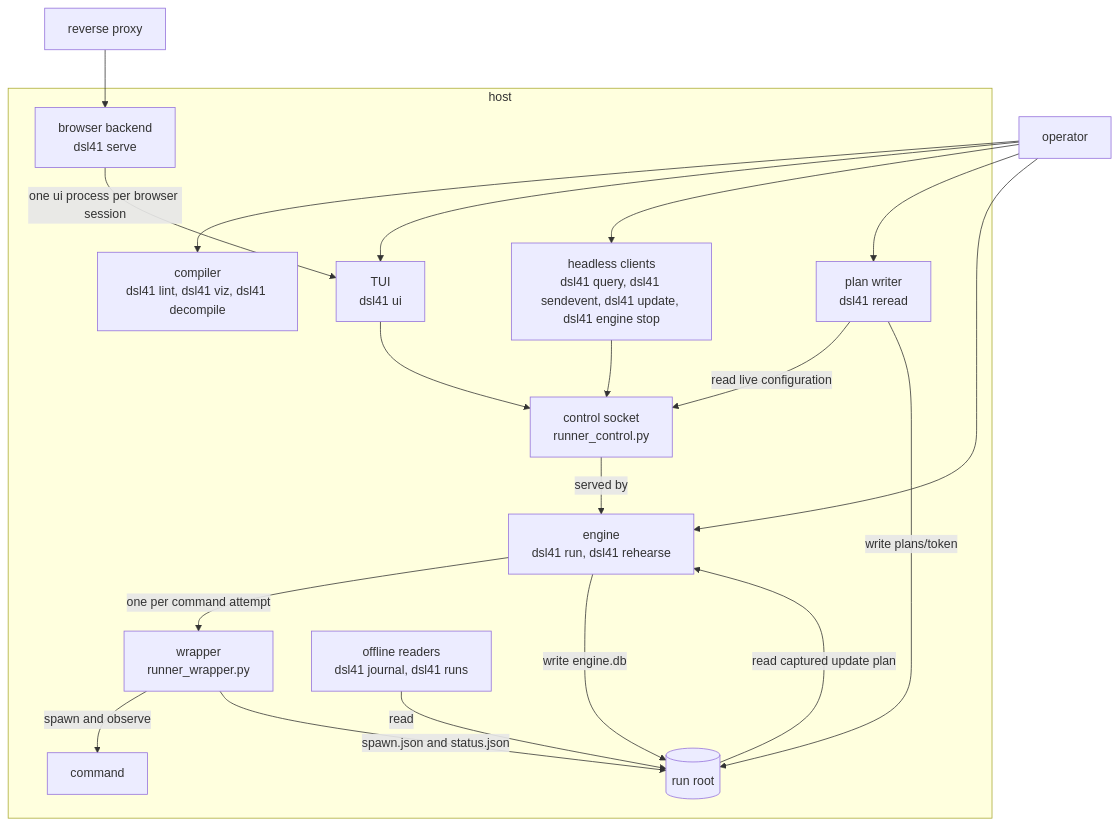
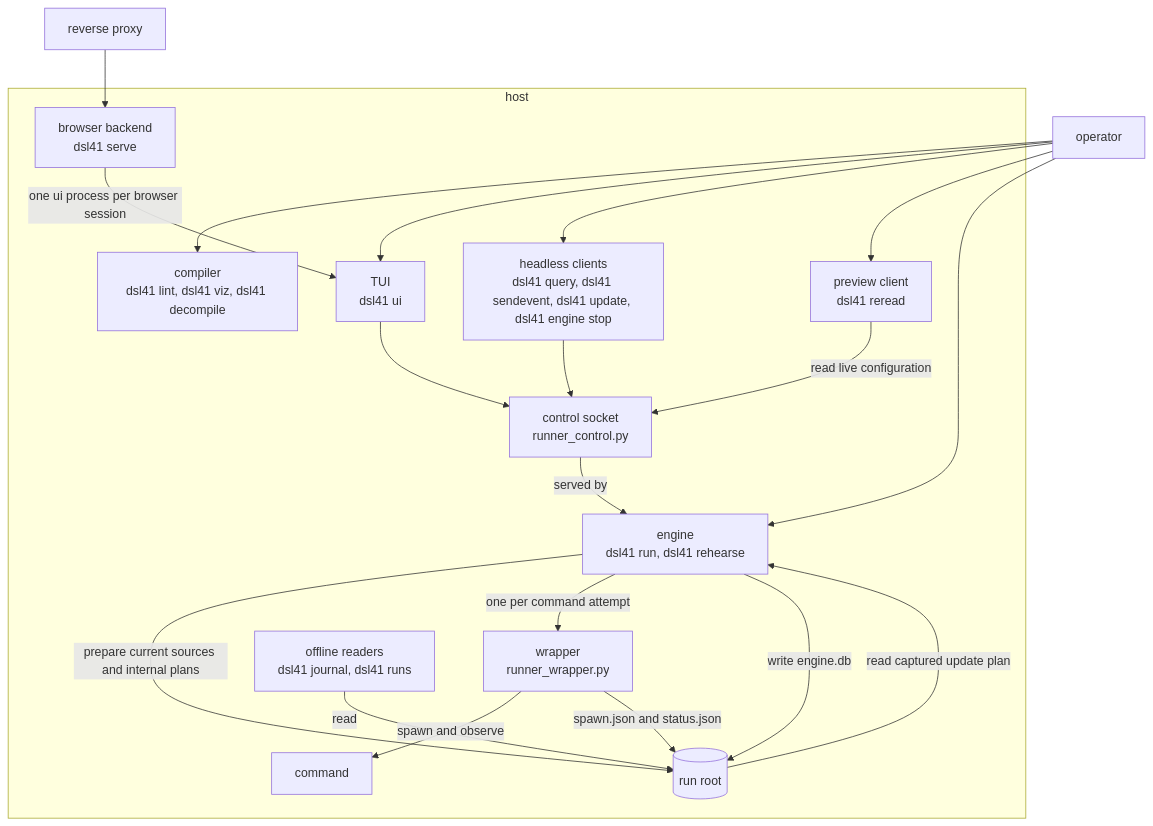
Before and after one commit to mrbald/dsl41: the second of 4 diagrams in docs/architecture.md, drawn with Mermaid. The commit also changed other lines of this file and 45 other files, not shown here.

````diff
--- a/docs/architecture.md
+++ b/docs/architecture.md
@@ -72,36 +76,36 @@
 ```mermaid
 flowchart TB
   op["operator"]
   px["reverse proxy"]
   subgraph box["host"]
     comp["compiler<br/>dsl41 lint, dsl41 viz, dsl41 decompile"]
     eng["engine<br/>dsl41 run, dsl41 rehearse"]
     sock["control socket<br/>runner_control.py"]
     wr["wrapper<br/>runner_wrapper.py"]
     cmd["command"]
     tui["TUI<br/>dsl41 ui"]
     web["browser backend<br/>dsl41 serve"]
     cli["headless clients<br/>dsl41 query, dsl41 sendevent, dsl41 update, dsl41 engine stop"]
-    read["plan writer<br/>dsl41 reread"]
+    read["preview client<br/>dsl41 reread"]
     off["offline readers<br/>dsl41 journal, dsl41 runs"]
     rr[("run root")]
   end
   op --> comp
   op --> tui
   op --> cli
   op --> read
   op --> eng
   px --> web
   web -->|"one ui process per browser session"| tui
   tui --> sock
   cli --> sock
   read -->|"read live configuration"| sock
-  read -->|"write plans/token"| rr
+  eng -->|"prepare current sources and internal plans"| rr
   sock -->|"served by"| eng
   eng -->|"one per command attempt"| wr
   wr -->|"spawn and observe"| cmd
   eng -->|"write engine.db"| rr
   rr -->|"read captured update plan"| eng
   wr -->|"spawn.json and status.json"| rr
   off -->|"read"| rr
 ```
````
